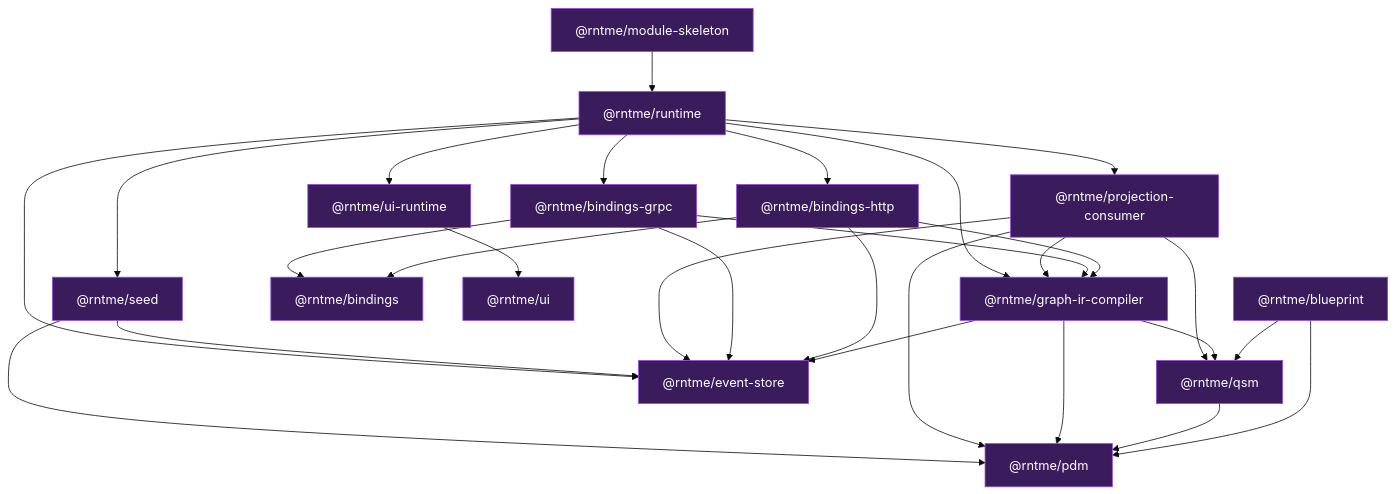
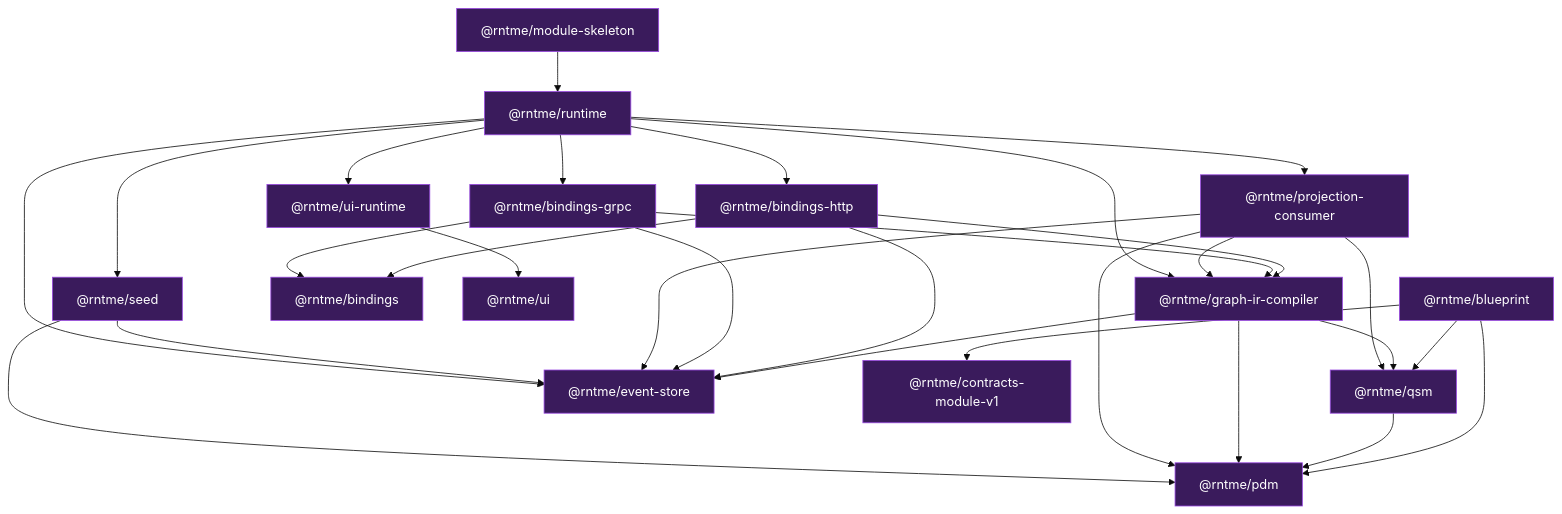
One commit to vladprrs/rntme changed the second of 2 diagrams in README.md. Above: the diagram before and after it, drawn with Mermaid (base theme). The commit also changed other lines of this file and 25 other files, not shown here.

First line of the commit message:
feat(contracts-module-v1): extract module manifest contract

````diff
--- a/README.md
+++ b/README.md
@@ -140,31 +141,32 @@
 ```mermaid
 flowchart TB
     classDef pkg fill:#3a1b5c,stroke:#9a4ae2,color:#fff;
     classDef demo fill:#1b5c3a,stroke:#4ae29a,color:#fff;
 
     BP["@rntme/blueprint"]:::pkg
     PDM["@rntme/pdm"]:::pkg
     QSM["@rntme/qsm"]:::pkg
     ES["@rntme/event-store"]:::pkg
     GIR["@rntme/graph-ir-compiler"]:::pkg
     B["@rntme/bindings"]:::pkg
     BH["@rntme/bindings-http"]:::pkg
     BG["@rntme/bindings-grpc"]:::pkg
     UI["@rntme/ui"]:::pkg
     UIR["@rntme/ui-runtime"]:::pkg
     PC["@rntme/projection-consumer"]:::pkg
     SD["@rntme/seed"]:::pkg
     RT["@rntme/runtime"]:::pkg
     MS["@rntme/module-skeleton"]:::pkg
+    CMV1["@rntme/contracts-module-v1"]:::pkg
 
-    BP --> PDM & QSM
+    BP --> PDM & QSM & CMV1
     QSM --> PDM
     GIR --> PDM & QSM & ES
     BH --> B & GIR & ES
     BG --> B & GIR & ES
     UIR --> UI
     PC --> ES & GIR & PDM & QSM
     SD --> ES & PDM
     RT --> BH & BG & UIR & PC & SD & GIR & ES
     MS --> RT
 ```
````
